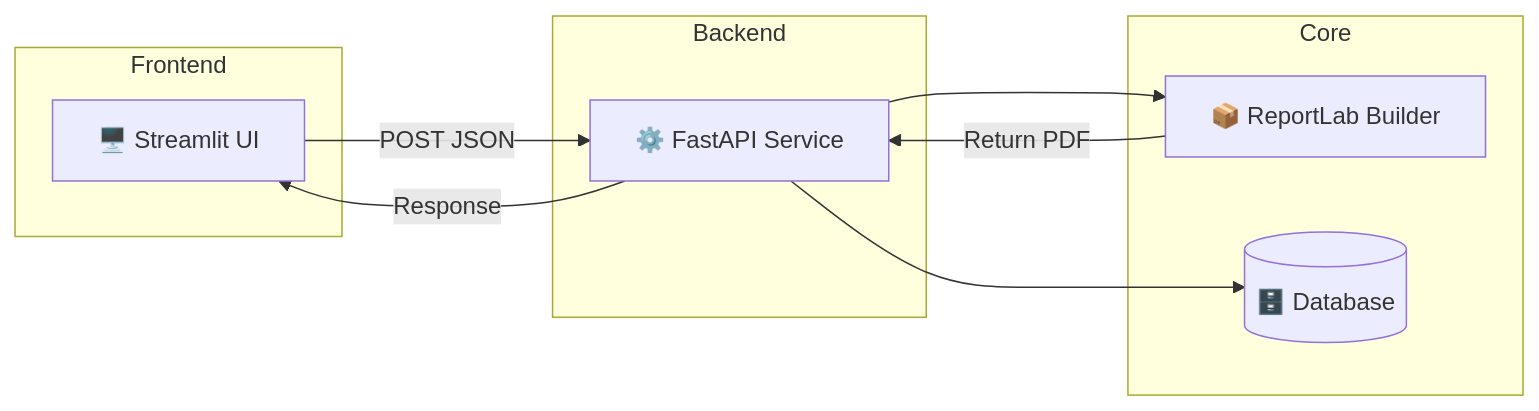
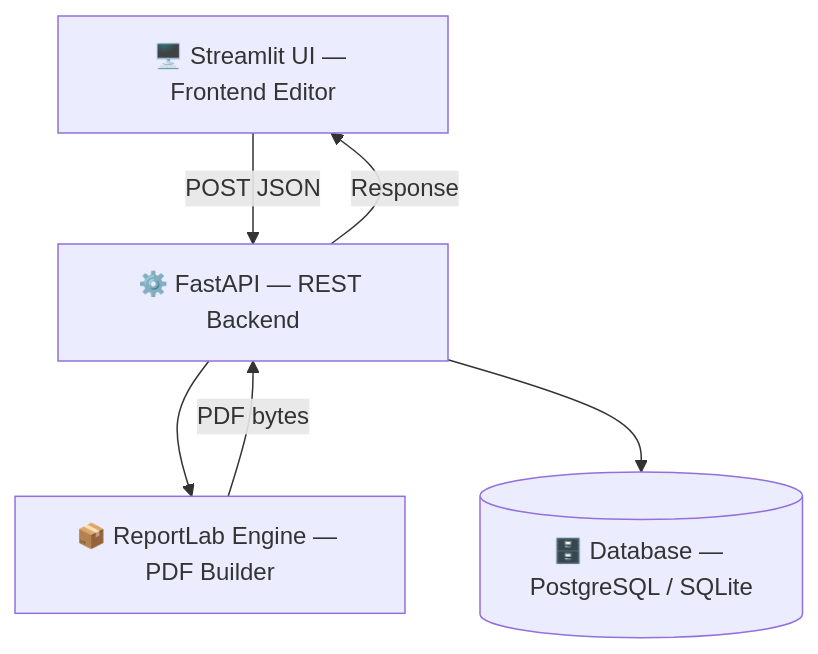
One commit to TamerOnLine/build changed the diagram in README.md. Above: the diagram before and after it, drawn with Mermaid. The commit also changed other lines of this file, not shown here.

````diff
--- a/README.md
+++ b/README.md
@@ -54,18 +20,12 @@
 ```mermaid
-graph LR
-    subgraph Frontend
-        ST[🖥️ Streamlit UI]
-    end
-    subgraph Backend
-        API[⚙️ FastAPI Service]
-    end
-    subgraph Core
-        PDF[📦 ReportLab Builder]
-        DB[(🗄️ Database)]
-    end
+graph TD
+    ST[🖥️ Streamlit UI — Frontend Editor]
+    API[⚙️ FastAPI — REST Backend]
+    PDF[📦 ReportLab Engine — PDF Builder]
+    DB[(🗄️ Database — PostgreSQL / SQLite)]
     ST -->|POST JSON| API
     API --> PDF
     API --> DB
-    PDF -->|Return PDF| API
+    PDF -->|PDF bytes| API
     API -->|Response| ST
 ```
````
